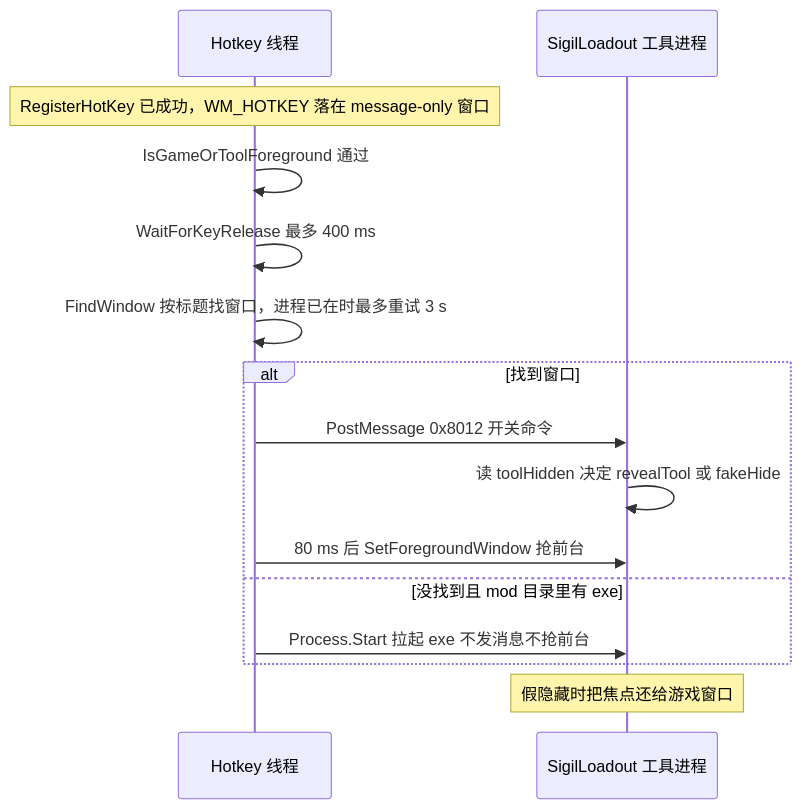
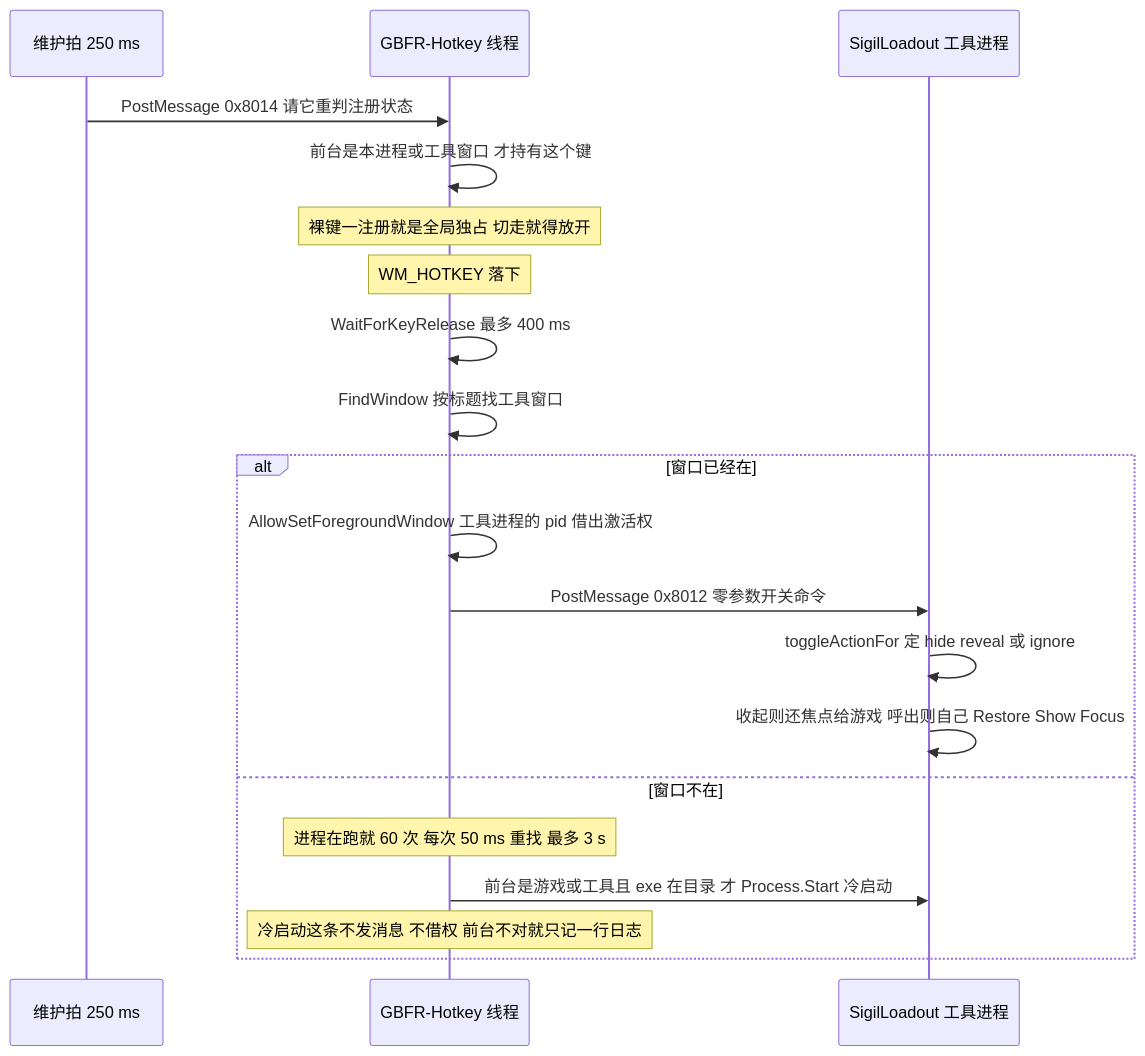
The first of 4 diagrams in openwiki/workflows/hotkey-summon.md (baagod/GBFR-Sigil-Loadout), drawn with Mermaid before and after one commit. The commit also changed other lines of this file and 36 other files, not shown here.

````diff
--- a/openwiki/workflows/hotkey-summon.md
+++ b/openwiki/workflows/hotkey-summon.md
@@ -41,18 +45,23 @@
 ```mermaid
 sequenceDiagram
-    participant HK as Hotkey 线程
+    participant Tick as 维护拍 250 ms
+    participant HK as GBFR-Hotkey 线程
     participant Tool as SigilLoadout 工具进程
 
-    Note over HK: RegisterHotKey 已成功，WM_HOTKEY 落在 message-only 窗口
-    HK->>HK: IsGameOrToolForeground 通过
+    Tick->>HK: PostMessage 0x8014 请它重判注册状态
+    HK->>HK: 前台是本进程或工具窗口 才持有这个键
+    Note over HK: 裸键一注册就是全局独占 切走就得放开
+    Note over HK: WM_HOTKEY 落下
     HK->>HK: WaitForKeyRelease 最多 400 ms
-    HK->>HK: FindWindow 按标题找窗口，进程已在时最多重试 3 s
-    alt 找到窗口
-        HK->>Tool: PostMessage 0x8012 开关命令
-        Tool->>Tool: 读 toolHidden 决定 revealTool 或 fakeHide
-        HK->>Tool: 80 ms 后 SetForegroundWindow 抢前台
-    else 没找到且 mod 目录里有 exe
-        HK->>Tool: Process.Start 拉起 exe 不发消息不抢前台
+    HK->>HK: FindWindow 按标题找工具窗口
+    alt 窗口已经在
+        HK->>HK: AllowSetForegroundWindow 工具进程的 pid 借出激活权
+        HK->>Tool: PostMessage 0x8012 零参数开关命令
+        Tool->>Tool: toggleActionFor 定 hide reveal 或 ignore
+        Tool->>Tool: 收起则还焦点给游戏 呼出则自己 Restore Show Focus
+    else 窗口不在
+        Note over HK: 进程在跑就 60 次 每次 50 ms 重找 最多 3 s
+        HK->>Tool: 前台是游戏或工具且 exe 在目录 才 Process.Start 冷启动
+        Note over HK: 冷启动这条不发消息 不借权 前台不对就只记一行日志
     end
-    Note over Tool: 假隐藏时把焦点还给游戏窗口
 ```
````
